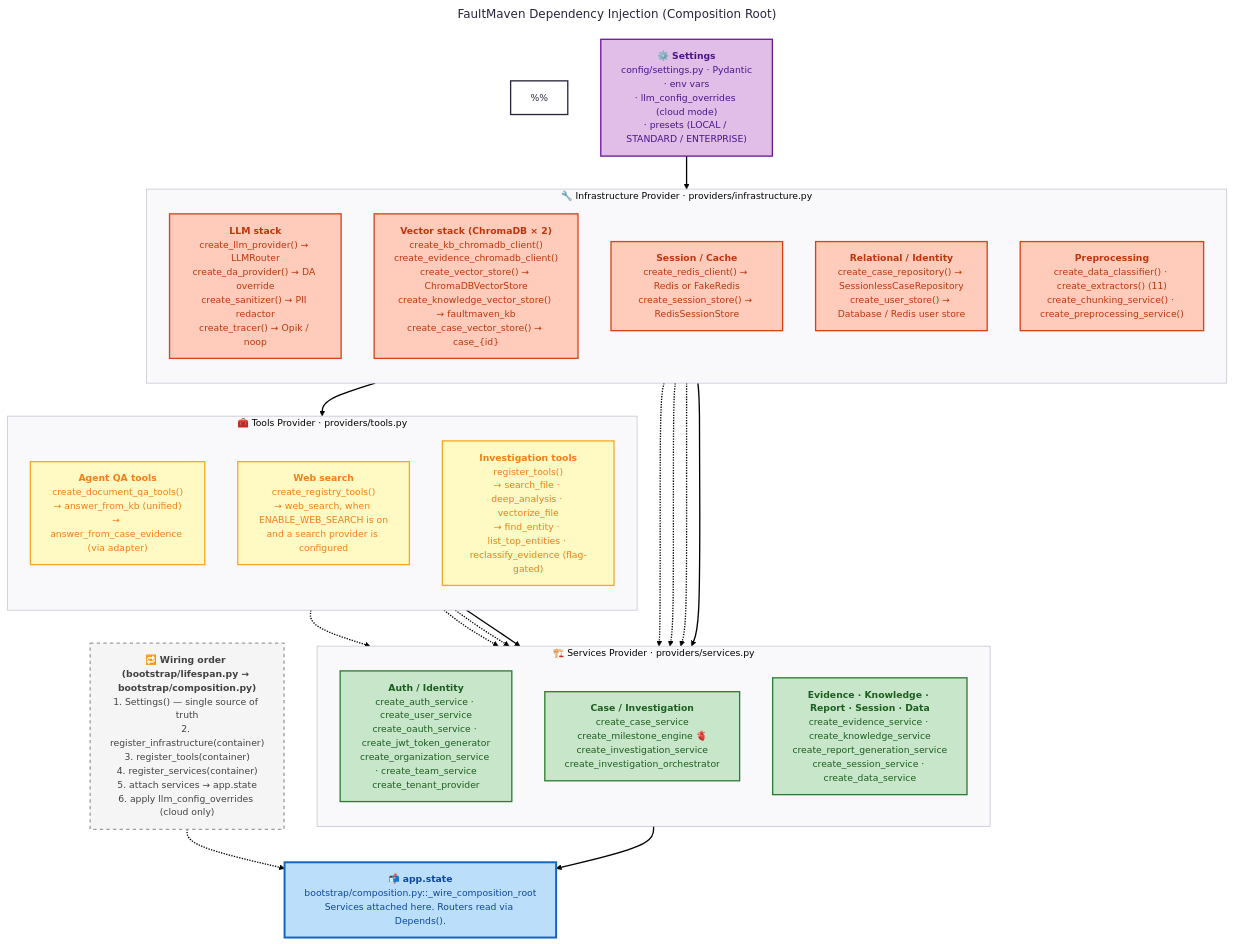
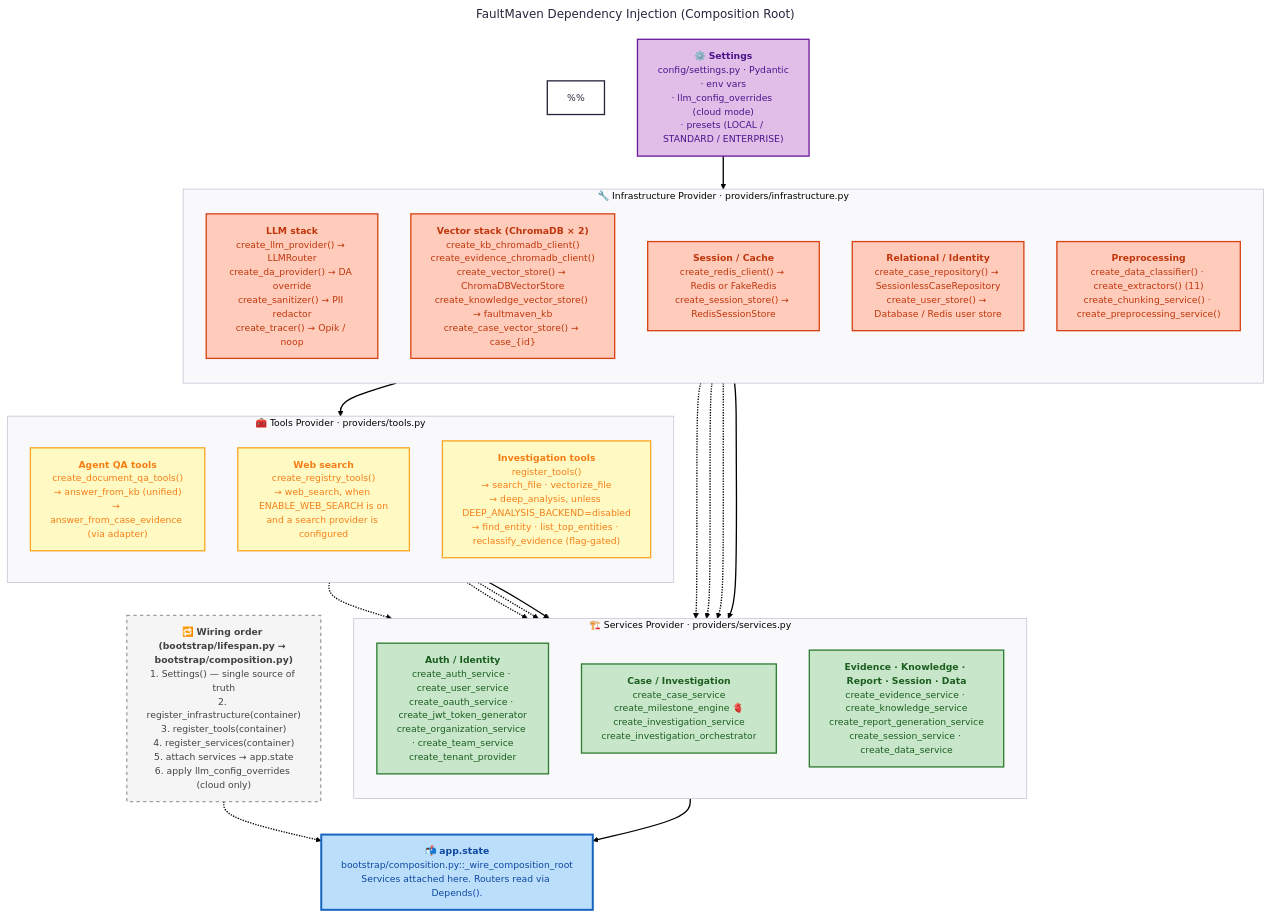
Before and after one commit to FaultMaven/faultmaven: the diagram in docs/architecture/diagrams/DI-diagram.mmd, drawn with Mermaid. The commit also changed 5 other files, not shown here.

```diff
--- a/docs/architecture/diagrams/DI-diagram.mmd
+++ b/docs/architecture/diagrams/DI-diagram.mmd
@@ -1,106 +1,106 @@
 ---
 config:
   theme: redux
   layout: dagre
   look: classic
 title: "FaultMaven Dependency Injection (Composition Root)"
 ---
 flowchart TB
 %% How services get composed from infrastructure at startup.
 %% Sibling primary diagram: system-architecture.mmd
 %%
 %% Sources (file:symbol):
 %%   faultmaven/bootstrap/lifespan.py::lifespan             (L32-514)
 %%   faultmaven/bootstrap/composition.py::_wire_composition_root (app.state attachment, L184-516)
 %%   faultmaven/container/_container_impl.py               (init + register_* wrappers)
 %%   faultmaven/container/providers/infrastructure.py      (infra bindings)
 %%   faultmaven/container/providers/tools.py               (tools bindings)
 %%   faultmaven/container/providers/services.py            (service bindings)
 
     %% ============================================================
     %% TIER 1 — CONFIGURATION (single source of truth)
     %% ============================================================
     Settings["⚙️ <b>Settings</b><br/>config/settings.py · Pydantic<br/>· env vars<br/>· llm_config_overrides (cloud mode)<br/>· presets (LOCAL / STANDARD / ENTERPRISE)"]
 
     %% ============================================================
     %% TIER 2 — INFRASTRUCTURE PROVIDER
     %%   Creates stateless + shared-client primitives.
     %%   No business logic. Never depends on other providers.
     %% ============================================================
     subgraph INFRA["🔧 Infrastructure Provider &middot; providers/infrastructure.py"]
         direction TB
         Infra_LLM["<b>LLM stack</b><br/>create_llm_provider() → LLMRouter<br/>create_da_provider() → DA override<br/>create_sanitizer() → PII redactor<br/>create_tracer() → Opik / noop"]
         Infra_Vec["<b>Vector stack (ChromaDB × 2)</b><br/>create_kb_chromadb_client()<br/>create_evidence_chromadb_client()<br/>create_vector_store() → ChromaDBVectorStore<br/>create_knowledge_vector_store() → faultmaven_kb<br/>create_case_vector_store() → case_{id}"]
         Infra_Session["<b>Session / Cache</b><br/>create_redis_client() → Redis or FakeRedis<br/>create_session_store() → RedisSessionStore"]
         Infra_Persist["<b>Relational / Identity</b><br/>create_case_repository() → SessionlessCaseRepository<br/>create_user_store() → Database / Redis user store"]
         Infra_Prep["<b>Preprocessing</b><br/>create_data_classifier() · create_extractors() (11)<br/>create_chunking_service() · create_preprocessing_service()"]
     end
 
     %% ============================================================
     %% TIER 3 — TOOLS PROVIDER
     %%   Agent-facing tools. Depends on infrastructure only.
     %% ============================================================
     subgraph TOOLS["🧰 Tools Provider &middot; providers/tools.py"]
         direction TB
         Tools_QA["<b>Agent QA tools</b><br/>create_document_qa_tools()<br/>→ answer_from_kb (unified)<br/>→ answer_from_case_evidence (via adapter)"]
         Tools_Web["<b>Web search</b><br/>create_registry_tools()<br/>→ web_search, when ENABLE_WEB_SEARCH is on<br/>and a search provider is configured"]
-        Tools_Investigation["<b>Investigation tools</b><br/>register_tools()<br/>→ search_file · deep_analysis · vectorize_file<br/>→ find_entity · list_top_entities · reclassify_evidence (flag-gated)"]
+        Tools_Investigation["<b>Investigation tools</b><br/>register_tools()<br/>→ search_file · vectorize_file<br/>→ deep_analysis, unless DEEP_ANALYSIS_BACKEND=disabled<br/>→ find_entity · list_top_entities · reclassify_evidence (flag-gated)"]
     end
 
     %% ============================================================
     %% TIER 4 — SERVICES PROVIDER
     %%   Business logic. Depends on infrastructure + tools.
     %% ============================================================
     subgraph SERVICES["🏗️ Services Provider &middot; providers/services.py"]
         direction TB
         Svc_Auth["<b>Auth / Identity</b><br/>create_auth_service · create_user_service<br/>create_oauth_service · create_jwt_token_generator<br/>create_organization_service · create_team_service<br/>create_tenant_provider"]
         Svc_Case["<b>Case / Investigation</b><br/>create_case_service<br/>create_milestone_engine 🫀<br/>create_investigation_service<br/>create_investigation_orchestrator"]
         Svc_Other["<b>Evidence · Knowledge · Report · Session · Data</b><br/>create_evidence_service · create_knowledge_service<br/>create_report_generation_service<br/>create_session_service · create_data_service"]
     end
 
     %% ============================================================
     %% TIER 5 — APP.STATE
     %%   Where routers discover services via Depends().
     %% ============================================================
     AppState["📬 <b>app.state</b><br/>bootstrap/composition.py::_wire_composition_root<br/>Services attached here. Routers read via Depends()."]
 
     %% ============================================================
     %% SIDE PANEL — WIRING ORDER (executed at startup)
     %% ============================================================
     Order["🔁 <b>Wiring order (bootstrap/lifespan.py → bootstrap/composition.py)</b><br/>1. Settings() — single source of truth<br/>2. register_infrastructure(container)<br/>3. register_tools(container)<br/>4. register_services(container)<br/>5. attach services → app.state<br/>6. apply llm_config_overrides (cloud only)"]
 
     %% ============================================================
     %% EDGES (high-signal flows only)
     %% ============================================================
     Settings --> INFRA
     INFRA --> TOOLS
     INFRA --> SERVICES
     TOOLS --> SERVICES
     SERVICES --> AppState
 
     %% Zoom-in edges to highlight the milestone engine's dependencies:
     Infra_LLM -.-> Svc_Case
     Infra_Persist -.-> Svc_Case
     Infra_Vec -.-> Svc_Case
     Tools_QA -.-> Svc_Case
     Tools_Web -.-> Svc_Case
     Tools_Investigation -.-> Svc_Case
 
     Order -.-> AppState
 
     %% ============================================================
     %% STYLING
     %% ============================================================
     classDef settings fill:#e1bee7,stroke:#6a1b9a,stroke-width:2px,color:#4a148c
     classDef infra fill:#ffccbc,stroke:#d84315,color:#bf360c
     classDef tools fill:#fff9c4,stroke:#f9a825,color:#f57f17
     classDef services fill:#c8e6c9,stroke:#2e7d32,color:#1b5e20
     classDef state fill:#bbdefb,stroke:#1565c0,stroke-width:3px,color:#0d47a1
     classDef note fill:#f5f5f5,stroke:#9e9e9e,stroke-dasharray: 5 5,color:#424242
 
     class Settings settings
     class Infra_LLM,Infra_Vec,Infra_Session,Infra_Persist,Infra_Prep infra
     class Tools_QA,Tools_Web,Tools_Investigation tools
     class Svc_Auth,Svc_Case,Svc_Other services
     class AppState state
     class Order note
```
